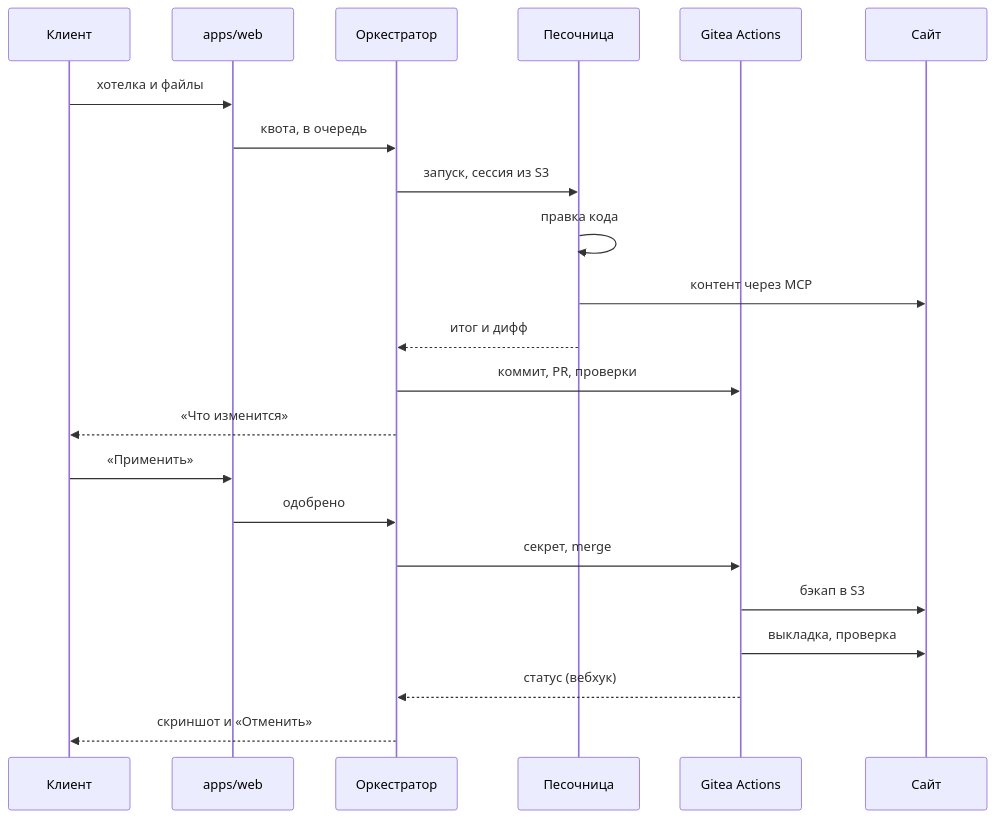
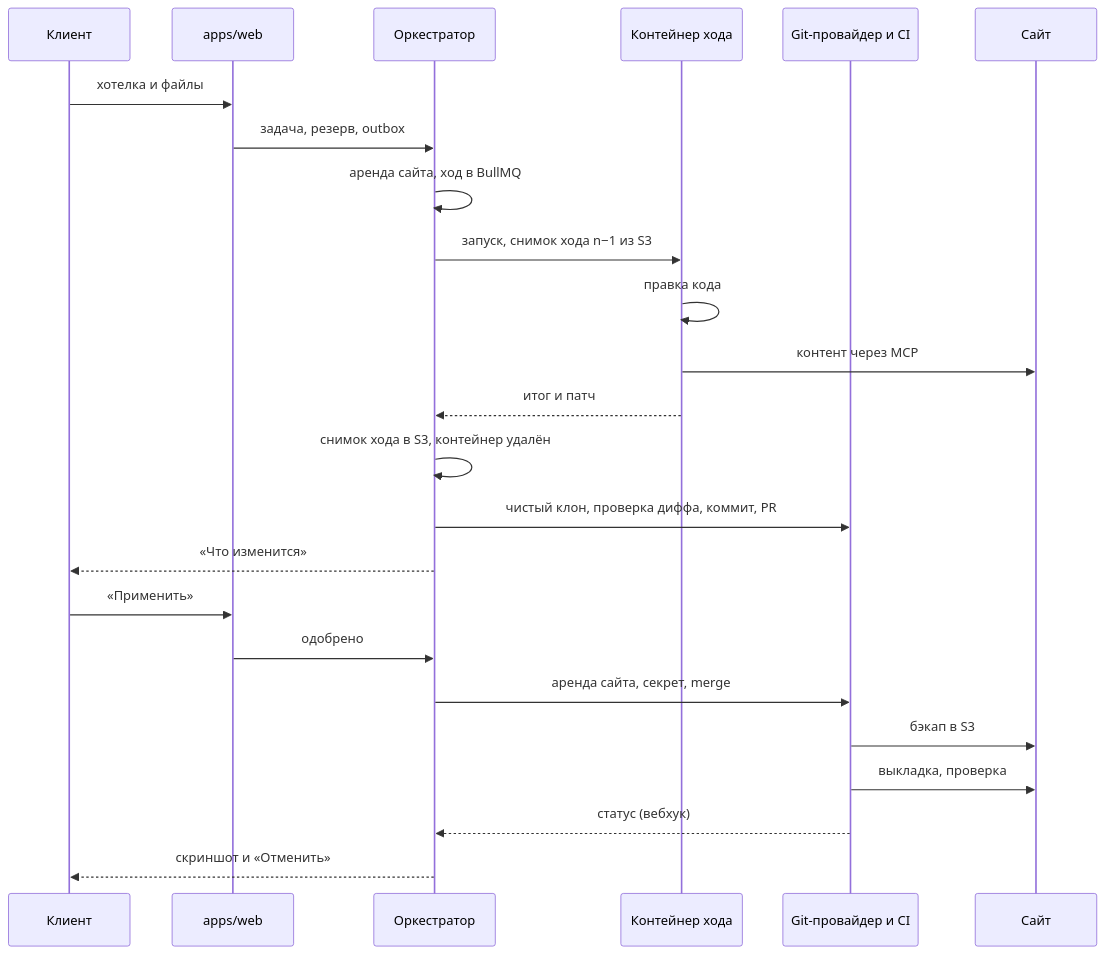
The second of 2 diagrams in docs/spec.md (AnyNoteInc/Raditi), drawn with Mermaid before and after one commit. The commit also changed other lines of this file and 16 other files, not shown here.

````diff
--- a/docs/spec.md
+++ b/docs/spec.md
@@ -182,24 +238,26 @@
 ```mermaid
 sequenceDiagram
     participant C as Клиент
     participant W as apps/web
     participant O as Оркестратор
-    participant R as Песочница
-    participant G as Gitea Actions
+    participant R as Контейнер хода
+    participant G as Git-провайдер и CI
     participant S as Сайт
     C->>W: хотелка и файлы
-    W->>O: квота, в очередь
-    O->>R: запуск, сессия из S3
+    W->>O: задача, резерв, outbox
+    O->>O: аренда сайта, ход в BullMQ
+    O->>R: запуск, снимок хода n−1 из S3
     R->>R: правка кода
     R->>S: контент через MCP
-    R-->>O: итог и дифф
-    O->>G: коммит, PR, проверки
+    R-->>O: итог и патч
+    O->>O: снимок хода в S3, контейнер удалён
+    O->>G: чистый клон, проверка диффа, коммит, PR
     O-->>C: «Что изменится»
     C->>W: «Применить»
     W->>O: одобрено
-    O->>G: секрет, merge
+    O->>G: аренда сайта, секрет, merge
     G->>S: бэкап в S3
     G->>S: выкладка, проверка
     G-->>O: статус (вебхук)
     O-->>C: скриншот и «Отменить»
 ```
````
